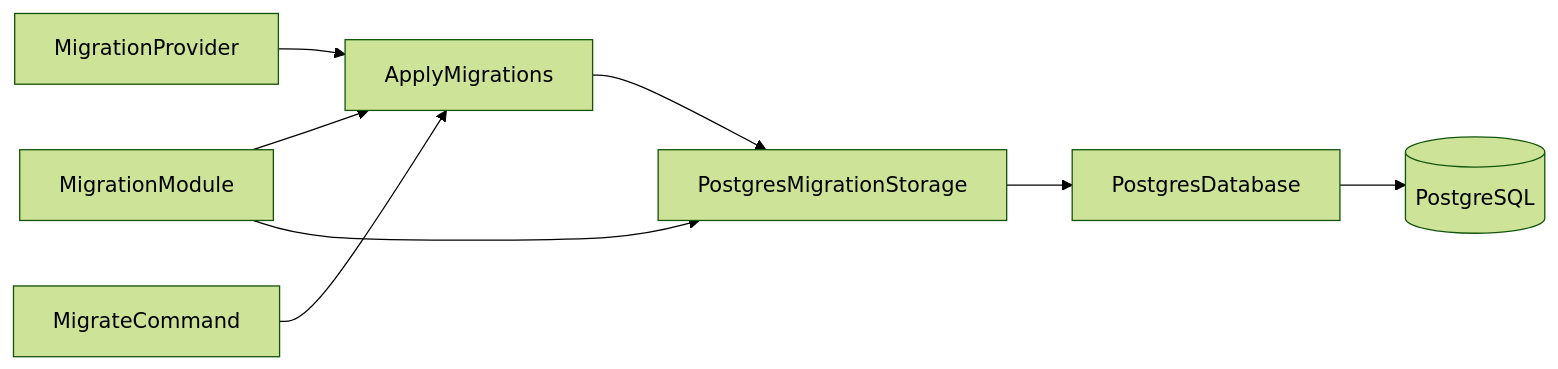
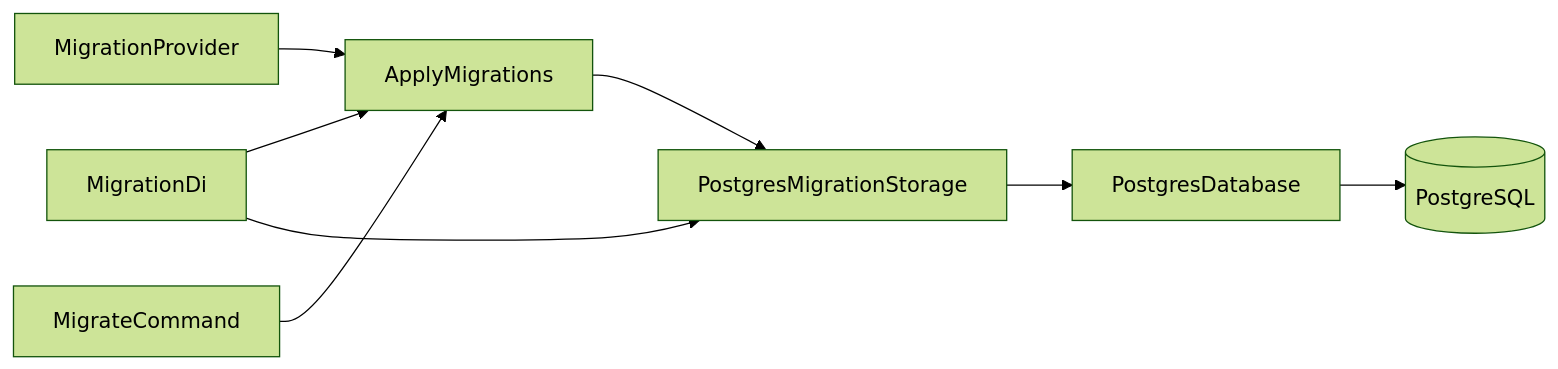
The diagram in backend/src/Platform/Migration/README.md (vendelev/async-job-search), drawn with Mermaid (forest theme) before and after one commit. The commit also changed other lines of this file and 32 other files, not shown here.

````diff
--- a/backend/src/Platform/Migration/README.md
+++ b/backend/src/Platform/Migration/README.md
@@ -26,10 +26,10 @@
 ```mermaid
 flowchart LR
     Provider[MigrationProvider] --> UseCase[ApplyMigrations]
     Command[MigrateCommand] --> UseCase
-    Module[MigrationModule] --> UseCase
+    Module[MigrationDi] --> UseCase
     Module --> Storage[PostgresMigrationStorage]
     UseCase --> Storage
     Storage --> Database[PostgresDatabase]
     Database --> PostgreSQL[(PostgreSQL)]
 ```
````
